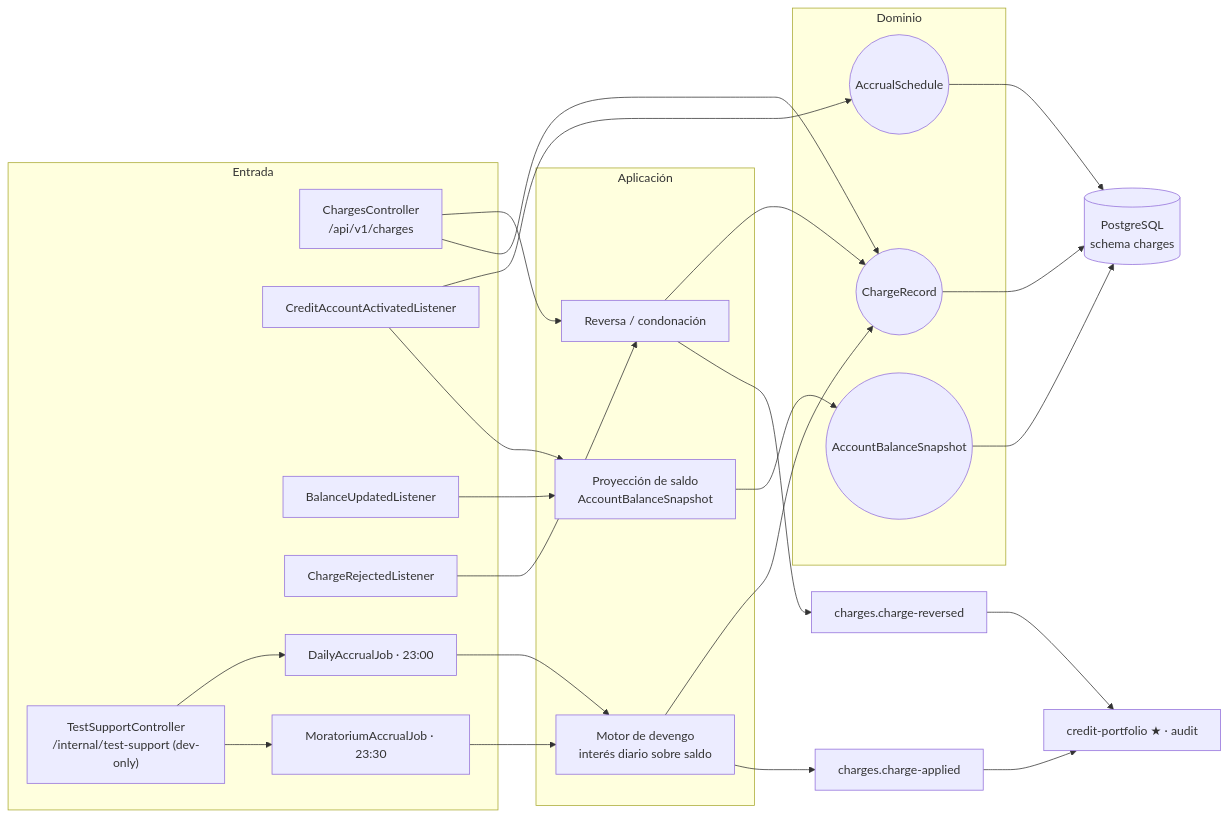
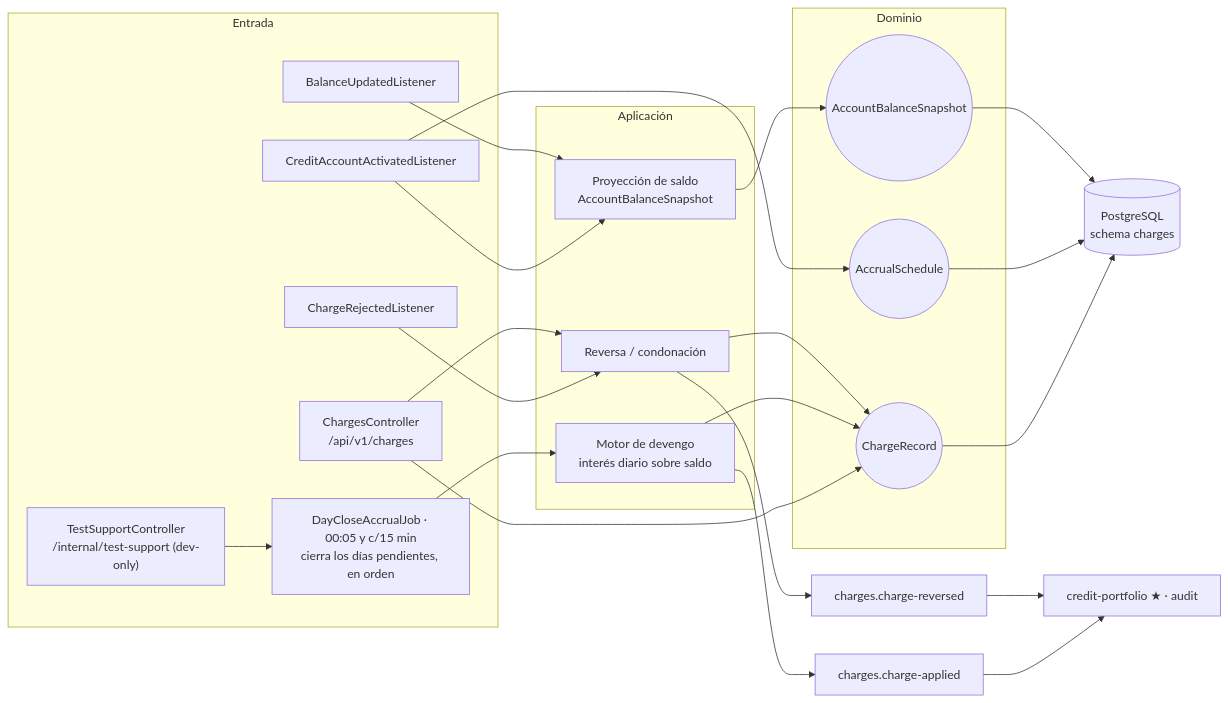
One commit to Emmanuel93/fintech-services changed the first of 4 diagrams in services/charges-service/README.md. Above: the diagram before and after it, drawn with Mermaid. The commit also changed other lines of this file and 62 other files, not shown here.

````diff
--- a/services/charges-service/README.md
+++ b/services/charges-service/README.md
@@ -23,43 +29,40 @@
 ```mermaid
 flowchart LR
     subgraph in["Entrada"]
         REST["ChargesController<br/>/api/v1/charges"]
         TS["TestSupportController<br/>/internal/test-support (dev-only)"]
         L1["CreditAccountActivatedListener"]
         L2["BalanceUpdatedListener"]
         L3["ChargeRejectedListener"]
-        J1["DailyAccrualJob · 23:00"]
-        J2["MoratoriumAccrualJob · 23:30"]
+        J0["DayCloseAccrualJob · 00:05 y c/15 min<br/>cierra los días pendientes, en orden"]
     end
 
     subgraph app["Aplicación"]
         ACC["Motor de devengo<br/>interés diario sobre saldo"]
         REV["Reversa / condonación"]
         SNAP["Proyección de saldo<br/>AccountBalanceSnapshot"]
     end
 
     subgraph dom["Dominio"]
         CR(("ChargeRecord"))
         AS(("AccrualSchedule"))
         BS(("AccountBalanceSnapshot"))
     end
 
     L1 --> AS
     L1 --> SNAP
     L2 --> SNAP
     L3 --> REV
-    J1 --> ACC
-    J2 --> ACC
-    TS --> J1
-    TS --> J2
+    J0 --> ACC
+    TS --> J0
     REST --> REV
     REST --> CR
 
     ACC --> CR
     REV --> CR
     SNAP --> BS
     CR & AS & BS --> DB[("PostgreSQL<br/>schema charges")]
     ACC --> K["charges.charge-applied"]
     REV --> K2["charges.charge-reversed"]
     K & K2 --> CP["credit-portfolio ★ · audit"]
 ```
````
